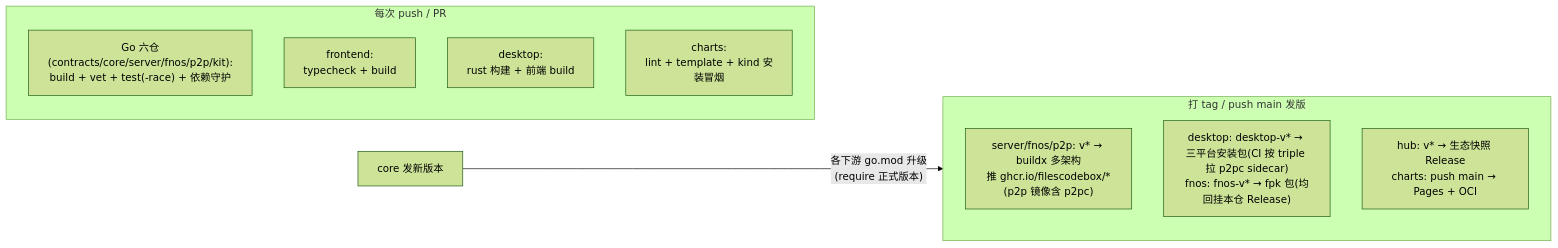
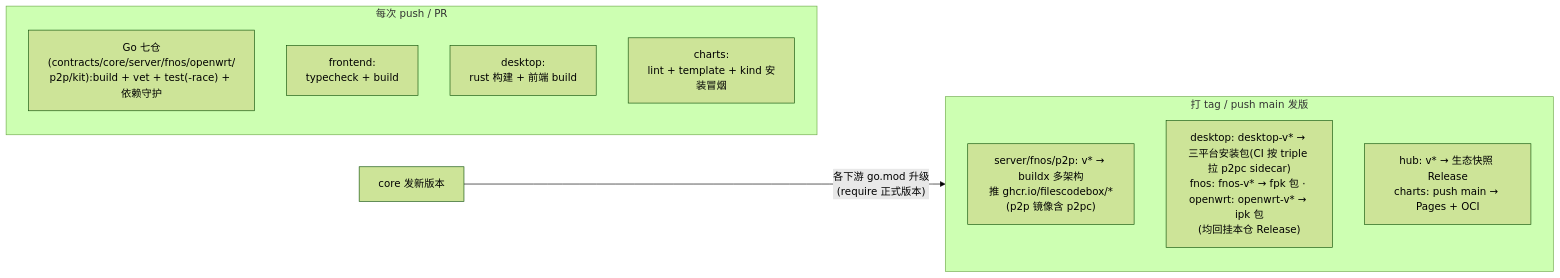
Before and after one commit to filescodebox/FilesCodeBox: the ninth of 9 diagrams in docs/architecture.md, drawn with Mermaid (forest theme). The commit also changed other lines of this file and 6 other files, not shown here.

````diff
--- a/docs/architecture.md
+++ b/docs/architecture.md
@@ -272,15 +276,15 @@
 ```mermaid
 flowchart LR
     subgraph PR["每次 push / PR"]
-        GO["Go 六仓(contracts/core/server/fnos/p2p/kit):<br/>build + vet + test(-race) + 依赖守护"]
+        GO["Go 七仓(contracts/core/server/fnos/openwrt/<br/>p2p/kit):build + vet + test(-race) + 依赖守护"]
         FECI["frontend:<br/>typecheck + build"]
         DSK["desktop:<br/>rust 构建 + 前端 build"]
         CHT["charts:<br/>lint + template + kind 安装冒烟"]
     end
     subgraph REL["打 tag / push main 发版"]
         IMG["server/fnos/p2p: v* → buildx 多架构<br/>推 ghcr.io/filescodebox/*(p2p 镜像含 p2pc)"]
-        BIN["desktop: desktop-v* → 三平台安装包(CI 按 triple 拉 p2pc sidecar)<br/>fnos: fnos-v* → fpk 包(均回挂本仓 Release)"]
+        BIN["desktop: desktop-v* → 三平台安装包(CI 按 triple 拉 p2pc sidecar)<br/>fnos: fnos-v* → fpk 包 · openwrt: openwrt-v* → ipk 包<br/>(均回挂本仓 Release)"]
         PUB["hub: v* → 生态快照 Release<br/>charts: push main → Pages + OCI"]
     end
     COREDEV["core 发新版本"] -->|"各下游 go.mod 升级<br/>(require 正式版本)"| REL
 ```
````
